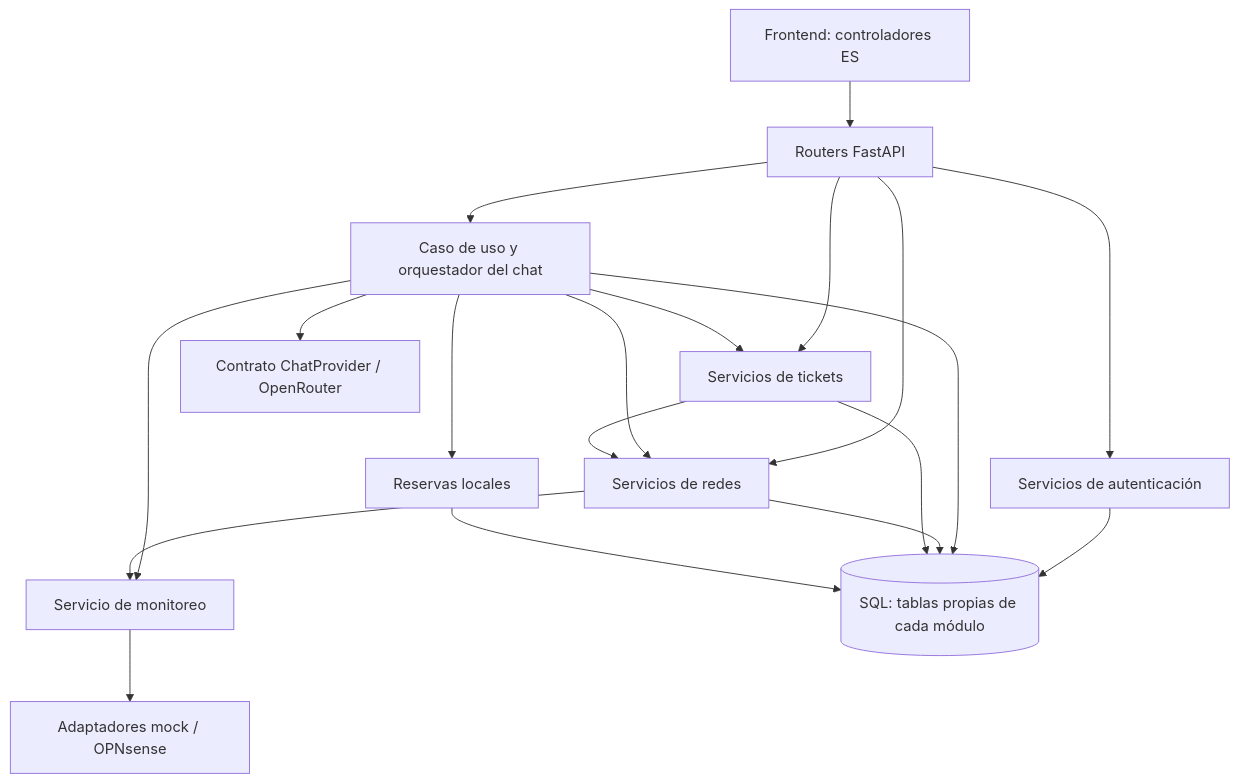
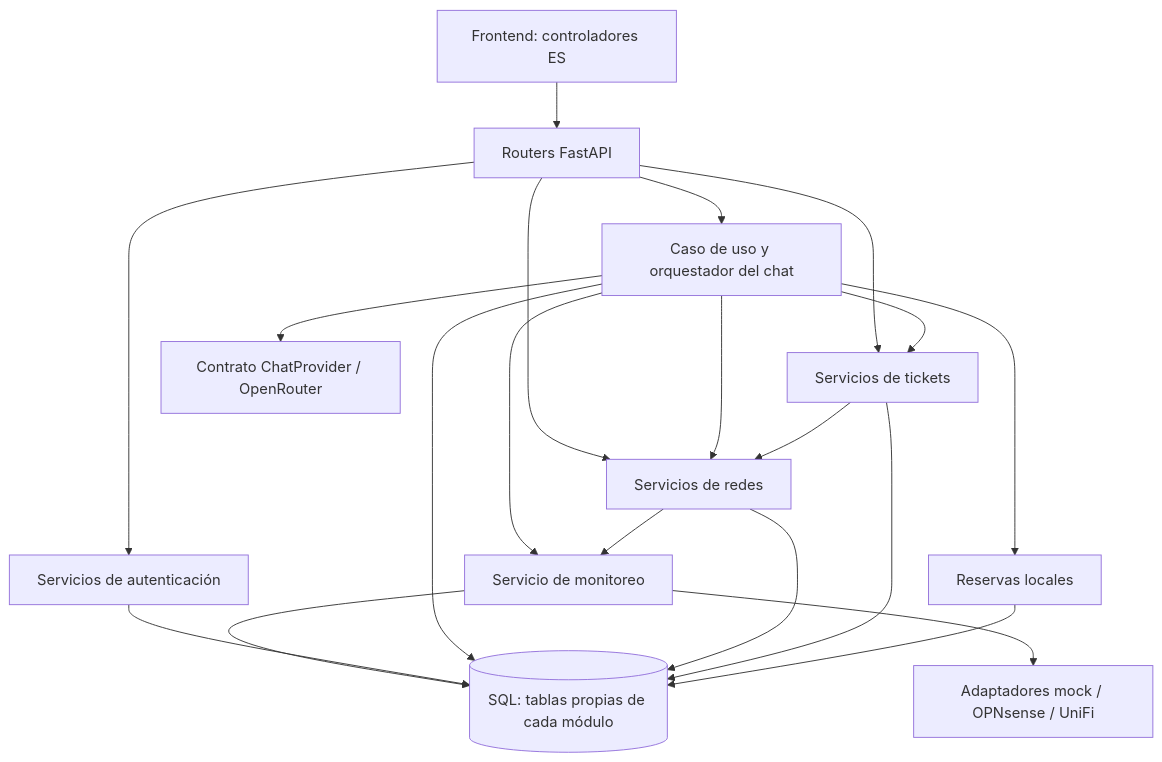
One commit to FranciscoDiazPinto/Diktya changed the diagram in netbot/docs/arquitectura-modular.md. Above: the diagram before and after it, drawn with Mermaid. The commit also changed other lines of this file and 43 other files, not shown here.

````diff
--- a/netbot/docs/arquitectura-modular.md
+++ b/netbot/docs/arquitectura-modular.md
@@ -13,21 +13,22 @@
 ```mermaid
 flowchart TD
     UI[Frontend: controladores ES] --> HTTP[Routers FastAPI]
     HTTP --> AUTH[Servicios de autenticación]
     HTTP --> CHAT[Caso de uso y orquestador del chat]
     HTTP --> NET[Servicios de redes]
     HTTP --> TICK[Servicios de tickets]
     CHAT --> NET
     CHAT --> TICK
     CHAT --> CHG[Reservas locales]
     CHAT --> MON[Servicio de monitoreo]
     CHAT --> LLM[Contrato ChatProvider / OpenRouter]
     NET --> MON
     TICK --> NET
-    MON --> ADAPT[Adaptadores mock / OPNsense]
+    MON --> ADAPT[Adaptadores mock / OPNsense / UniFi]
+    MON --> DB
     AUTH --> DB[(SQL: tablas propias de cada módulo)]
     CHAT --> DB
     NET --> DB
     TICK --> DB
     CHG --> DB
 ```
````
